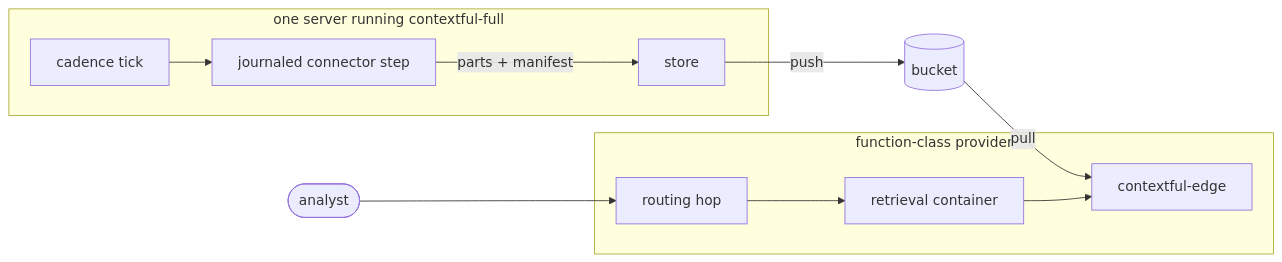
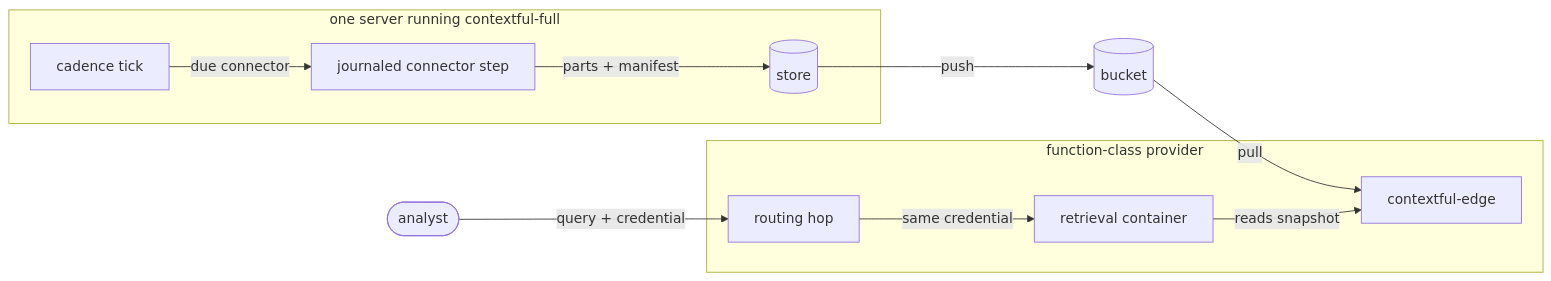
One commit to fractalboxdev/contextful changed the diagram in spec/guide/topology.md. Above: the diagram before and after it, drawn with Mermaid. The commit also changed 31 other files, not shown here.

First line of the commit message:
spec: every diagram draws things as nodes and what flows as labelled edges

````diff
--- a/spec/guide/topology.md
+++ b/spec/guide/topology.md
@@ -29,24 +29,24 @@
 ```mermaid
 flowchart LR
   ANALYST(["analyst"])
   BUCKET[("bucket")]
 
   subgraph SERVER["one server running contextful-full"]
     TICK["cadence tick"]
     STEP["journaled connector step"]
-    STORE["store"]
+    STORE[("store")]
   end
 
   subgraph PROV["function-class provider"]
     HOP["routing hop"]
     RET["retrieval container"]
     EDGE["contextful-edge"]
   end
 
-  TICK --> STEP
+  TICK -- "due connector" --> STEP
   STEP -- "parts + manifest" --> STORE
   STORE -- "push" --> BUCKET
   BUCKET -- "pull" --> EDGE
-  ANALYST --> HOP --> RET
-  RET --> EDGE
+  ANALYST -- "query + credential" --> HOP -- "same credential" --> RET
+  RET -- "reads snapshot" --> EDGE
 ```
````
